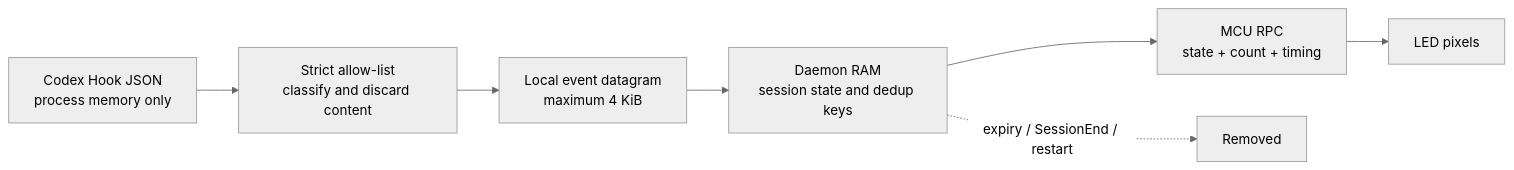
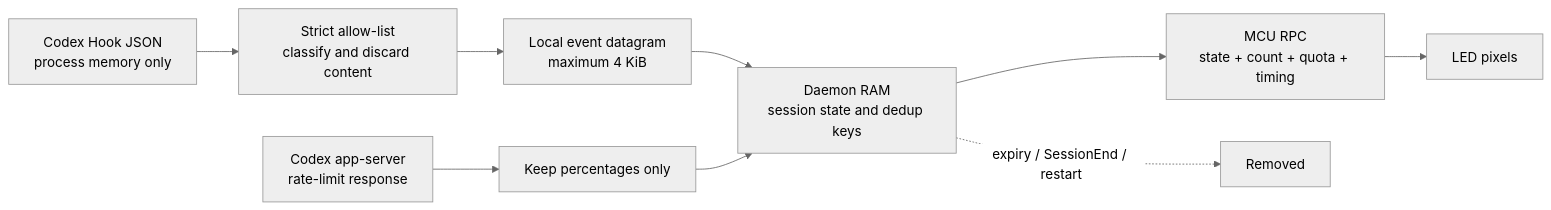
Before and after one commit to HSBL-ko-gyo/unoq-codex-matrix: the diagram in docs/privacy.md, drawn with Mermaid (neutral theme). The commit also changed other lines of this file and 21 other files, not shown here.

Commit message:
Add Codex quota bar to bottom row

````diff
--- a/docs/privacy.md
+++ b/docs/privacy.md
@@ -55,9 +62,11 @@
 ```mermaid
 flowchart LR
     Raw["Codex Hook JSON<br/>process memory only"] --> Filter["Strict allow-list<br/>classify and discard content"]
     Filter --> Event["Local event datagram<br/>maximum 4 KiB"]
     Event --> Memory["Daemon RAM<br/>session state and dedup keys"]
-    Memory --> RPC["MCU RPC<br/>state + count + timing"]
+    Memory --> RPC["MCU RPC<br/>state + count + quota + timing"]
     RPC --> Matrix["LED pixels"]
     Memory -. "expiry / SessionEnd / restart" .-> Gone["Removed"]
+    AppServer["Codex app-server<br/>rate-limit response"] --> Quota["Keep percentages only"]
+    Quota --> Memory
 ```
````
